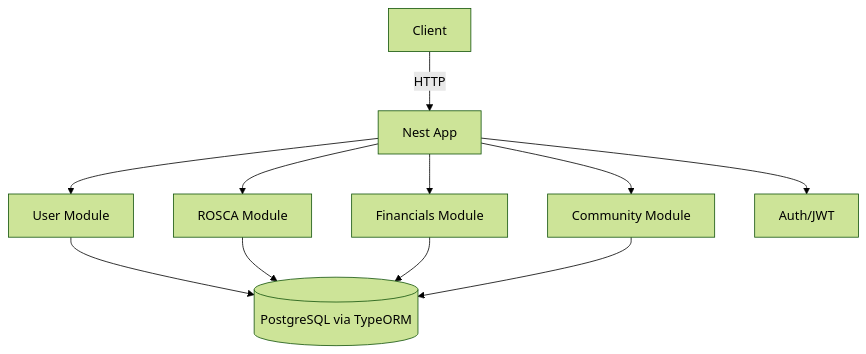
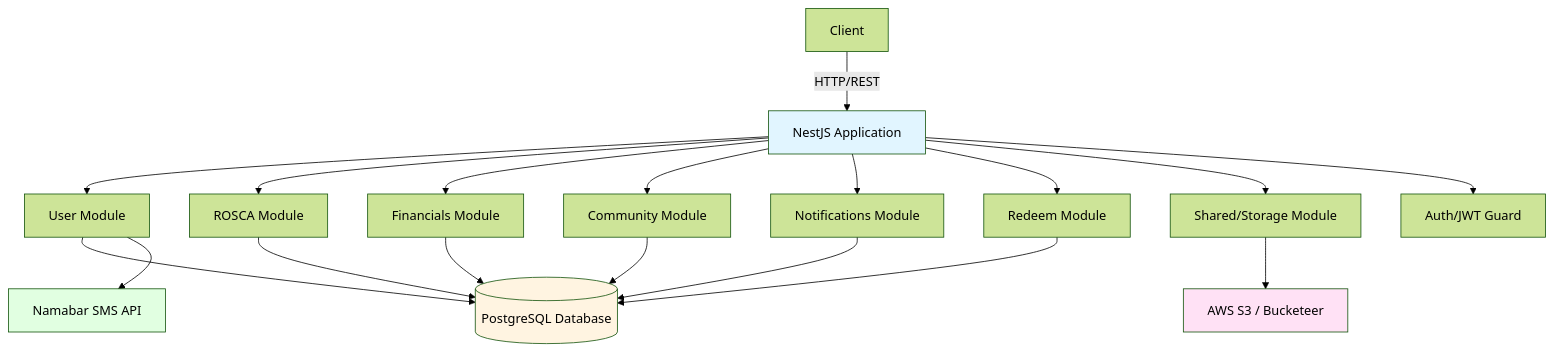
Before and after one commit to hezhamen/risqe-backend: the first of 3 diagrams in README.md, drawn with Mermaid (forest theme). The commit also changed other lines of this file and 1 other file, not shown here.

First line of the commit message:
docs: update README with comprehensive architecture diagrams and ERD

````diff
--- a/README.md
+++ b/README.md
@@ -7,10 +7,28 @@
 ```mermaid
 flowchart TD
-  A[Client] -->|HTTP| B[Nest App]
-  B --> C[User Module]
-  B --> D[ROSCA Module]
-  B --> E[Financials Module]
-  B --> F[Community Module]
-  B --> G[Auth/JWT]
-  C & D & E & F --> H[(PostgreSQL via TypeORM)]
+    A[Client] -->|HTTP/REST| B[NestJS Application]
+    B --> C[User Module]
+    B --> D[ROSCA Module]
+    B --> E[Financials Module]
+    B --> F[Community Module]
+    B --> G[Notifications Module]
+    B --> H[Redeem Module]
+    B --> I[Shared/Storage Module]
+    B --> J[Auth/JWT Guard]
+
+    C --> K[(PostgreSQL Database)]
+    D --> K
+    E --> K
+    F --> K
+    G --> K
+    H --> K
+
+    I --> L[AWS S3 / Bucketeer]
+
+    C --> M[Namabar SMS API]
+
+    style B fill:#e1f5ff
+    style K fill:#fff4e1
+    style L fill:#ffe1f5
+    style M fill:#e1ffe1
 ```
````
